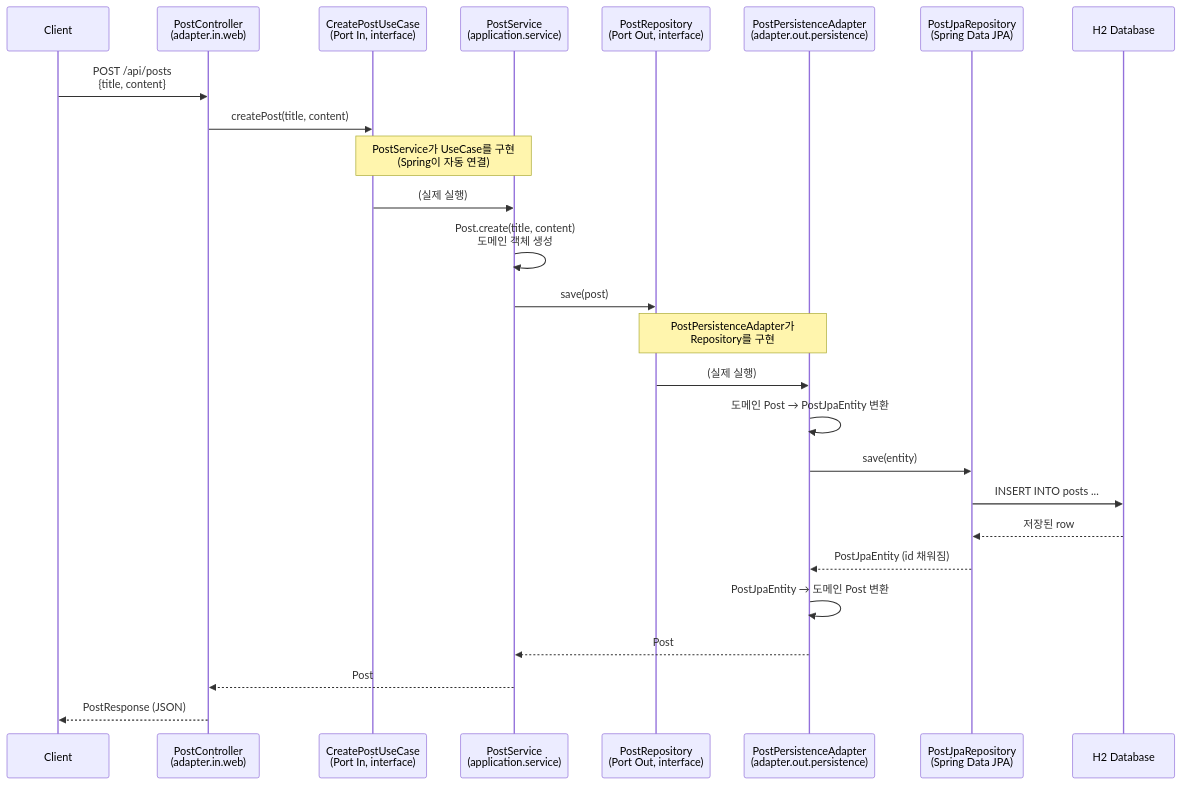
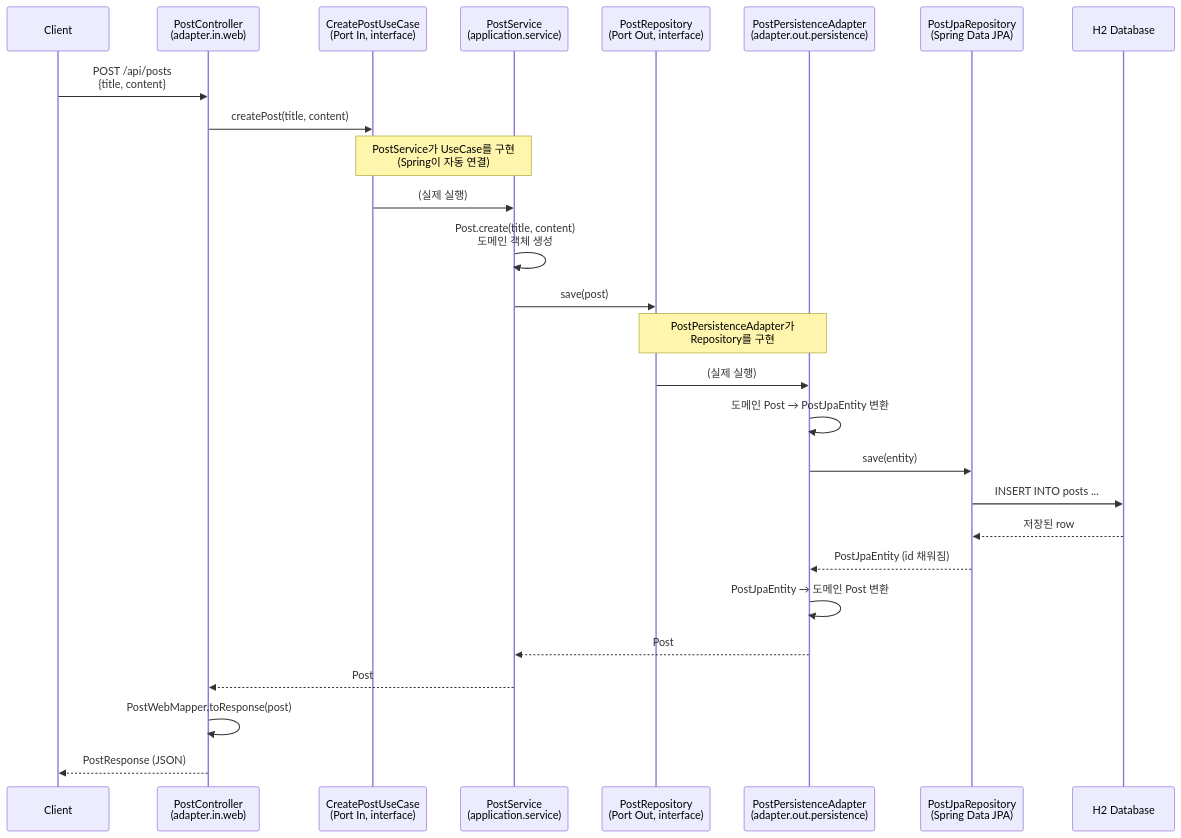
Before and after one commit to orisjineman/hexagonal-practice: the diagram in README.md, drawn with Mermaid. The commit also changed other lines of this file, not shown here.

````diff
--- a/README.md
+++ b/README.md
@@ -59,29 +71,30 @@
 ```mermaid
 sequenceDiagram
     participant Client
     participant PostController as PostController<br/>(adapter.in.web)
     participant UseCase as CreatePostUseCase<br/>(Port In, interface)
     participant PostService as PostService<br/>(application.service)
     participant Repository as PostRepository<br/>(Port Out, interface)
     participant Adapter as PostPersistenceAdapter<br/>(adapter.out.persistence)
     participant JpaRepo as PostJpaRepository<br/>(Spring Data JPA)
     participant DB as H2 Database
 
     Client->>PostController: POST /api/posts<br/>{title, content}
     PostController->>UseCase: createPost(title, content)
     Note over UseCase,PostService: PostService가 UseCase를 구현<br/>(Spring이 자동 연결)
     UseCase->>PostService: (실제 실행)
     PostService->>PostService: Post.create(title, content)<br/>도메인 객체 생성
     PostService->>Repository: save(post)
     Note over Repository,Adapter: PostPersistenceAdapter가<br/>Repository를 구현
     Repository->>Adapter: (실제 실행)
     Adapter->>Adapter: 도메인 Post → PostJpaEntity 변환
     Adapter->>JpaRepo: save(entity)
     JpaRepo->>DB: INSERT INTO posts ...
     DB-->>JpaRepo: 저장된 row
     JpaRepo-->>Adapter: PostJpaEntity (id 채워짐)
     Adapter->>Adapter: PostJpaEntity → 도메인 Post 변환
     Adapter-->>PostService: Post
     PostService-->>PostController: Post
+    PostController->>PostController: PostWebMapper.toResponse(post)
     PostController-->>Client: PostResponse (JSON)
 ```
````
